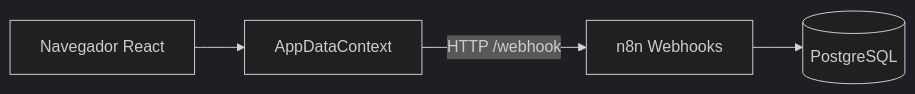
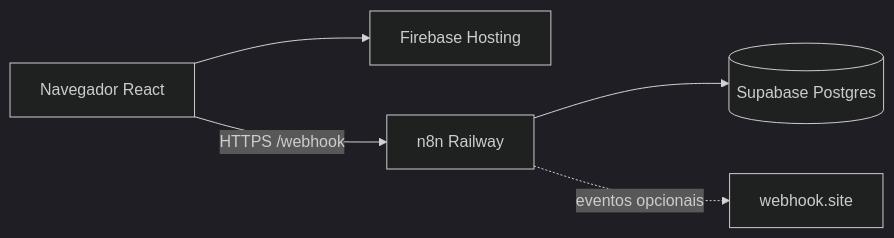
The diagram in README.md (Victorks4/Bold-Support), drawn with Mermaid (dark theme) before and after one commit. The commit also changed other lines of this file, not shown here.

````diff
--- a/README.md
+++ b/README.md
@@ -220,11 +19,13 @@
 ```mermaid
 flowchart LR
   Browser[Navegador React]
-  Ctx[AppDataContext]
-  N8N[n8n Webhooks]
-  DB[(PostgreSQL)]
+  Firebase[Firebase Hosting]
+  N8N[n8n Railway]
+  Supabase[(Supabase Postgres)]
+  Webhook[webhook.site]
 
-  Browser --> Ctx
-  Ctx -->|HTTP /webhook| N8N
-  N8N --> DB
+  Browser --> Firebase
+  Browser -->|HTTPS /webhook| N8N
+  N8N --> Supabase
+  N8N -.->|eventos opcionais| Webhook
 ```
````
